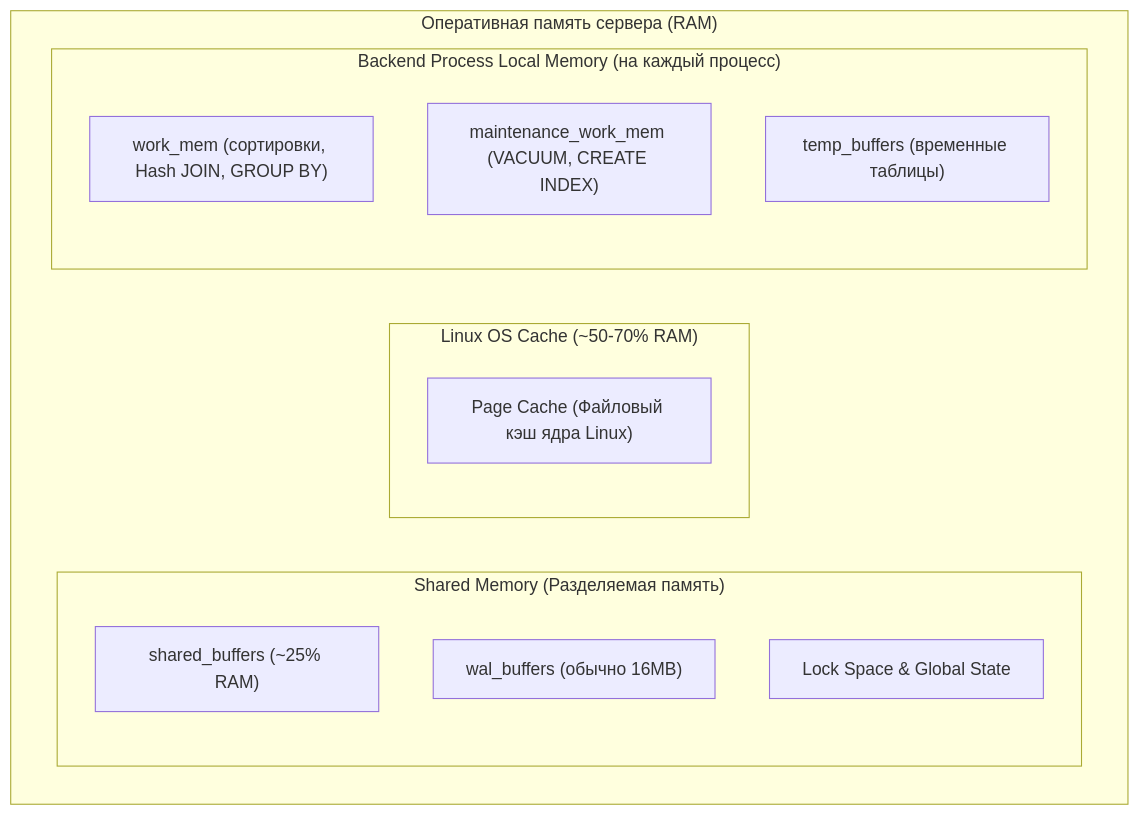
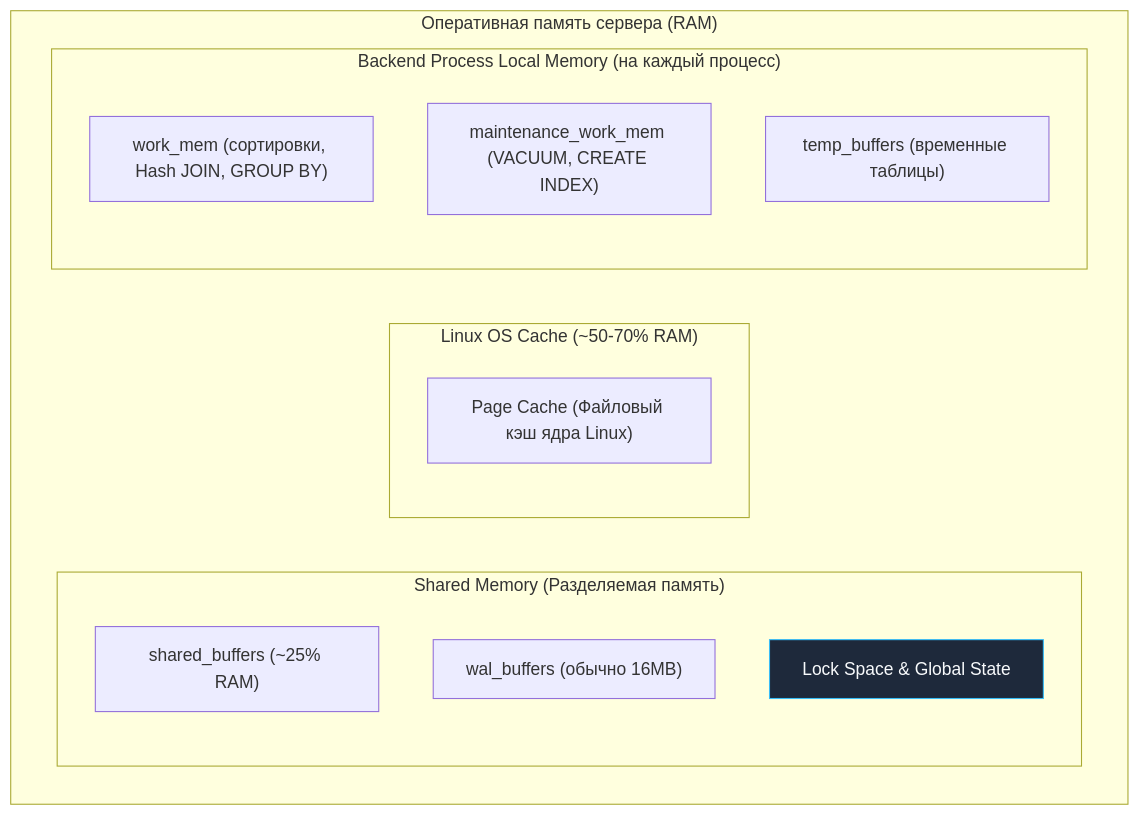
One commit to UnrealTemplier/go-textbook changed the second of 4 diagrams in sources/12. Базы данных/06. PostgreSQL/1. Архитектура PostgreSQL.md. Above: the diagram before and after it, drawn with Mermaid. The commit also changed other lines of this file and 1666 other files, not shown here.

First line of the commit message:
feat(mermaid): add semantic color classDef to 1369 colorless flowchart/graph diagrams

````diff
--- a/sources/12. Базы данных/06. PostgreSQL/1. Архитектура PostgreSQL.md
+++ b/sources/12. Базы данных/06. PostgreSQL/1. Архитектура PostgreSQL.md
@@ -69,20 +79,30 @@
 ```mermaid
 graph TD
+    classDef process  fill:#1e293b,stroke:#38bdf8,stroke-width:1px,color:#f8fafc
+    classDef success  fill:#064e3b,stroke:#34d399,stroke-width:1px,color:#f8fafc
+    classDef error    fill:#7f1d1d,stroke:#f87171,stroke-width:1px,color:#f8fafc
+    classDef warning  fill:#78350f,stroke:#fbbf24,stroke-width:1px,color:#f8fafc
+    classDef entry    fill:#1e3a5f,stroke:#38bdf8,stroke-width:2px,color:#f8fafc
+    classDef aux      fill:#334155,stroke:#64748b,stroke-width:1px,color:#f8fafc
+    classDef system   fill:#312e81,stroke:#a78bfa,stroke-width:1px,color:#f8fafc
+    classDef data     fill:#132d29,stroke:#2dd4bf,stroke-width:1px,color:#f8fafc
+    classDef network  fill:#881337,stroke:#fb7185,stroke-width:1px,color:#f8fafc
+    classDef accent   fill:#1e1b4b,stroke:#818cf8,stroke-width:1px,color:#f8fafc
     subgraph HostRAM ["Оперативная память сервера (RAM)"]
         subgraph SharedMem ["Shared Memory (Разделяемая память)"]
             SB["shared_buffers (~25% RAM)"]
             WB["wal_buffers (обычно 16MB)"]
-            LGT["Lock Space & Global State"]
+            LGT["Lock Space & Global State"]:::process
         end
         
         subgraph LinuxCache ["Linux OS Cache (~50-70% RAM)"]
             PC["Page Cache (Файловый кэш ядра Linux)"]
         end
 
         subgraph LocalMem ["Backend Process Local Memory (на каждый процесс)"]
             WM["work_mem (сортировки, Hash JOIN, GROUP BY)"]
             MWM["maintenance_work_mem (VACUUM, CREATE INDEX)"]
             TM["temp_buffers (временные таблицы)"]
         end
     end
 ```
````
